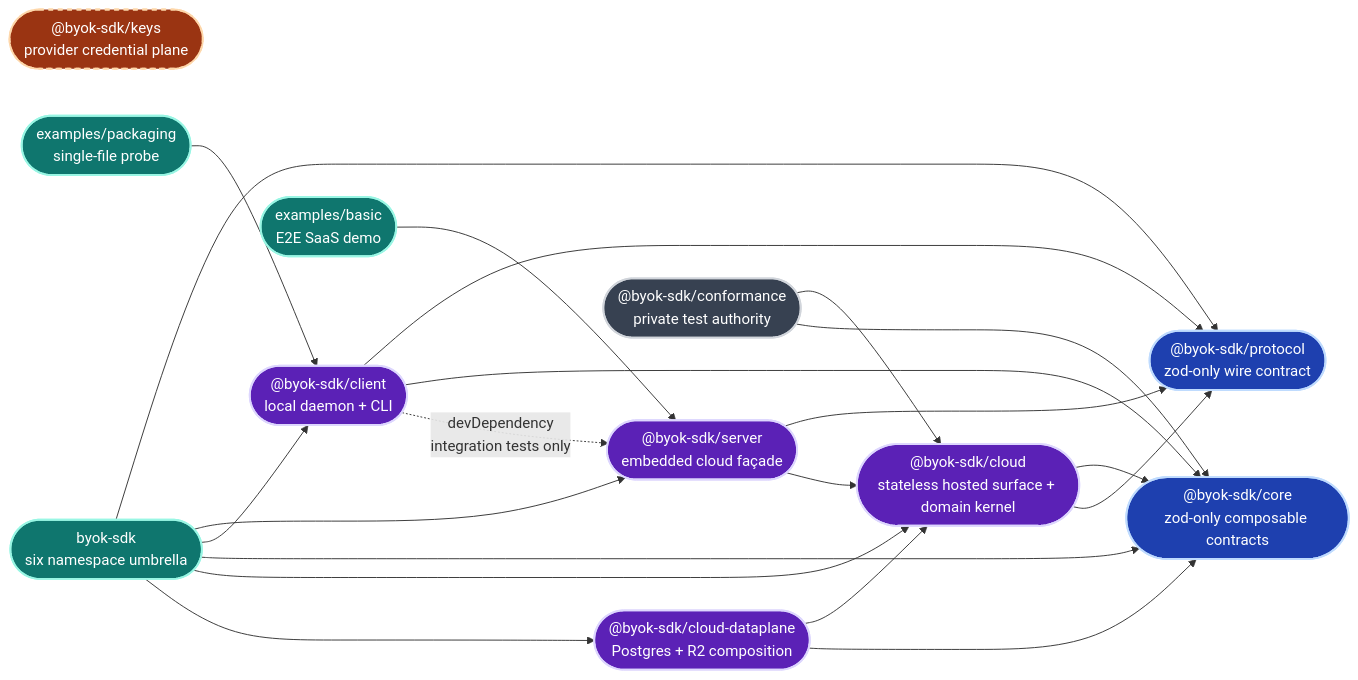
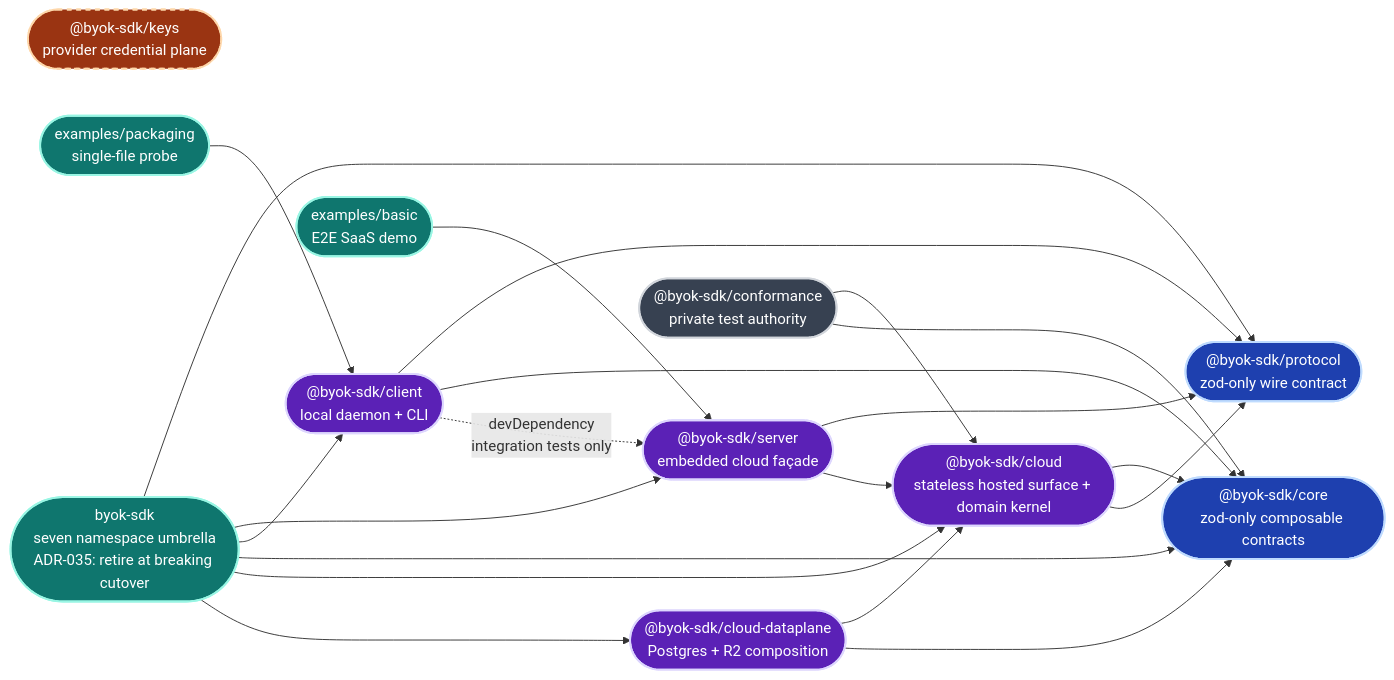
One commit to Ancienttwo/byok-sdk changed the second of 23 diagrams in docs/architecture/sdk-architecture.md. Above: the diagram before and after it, drawn with Mermaid. The commit also changed other lines of this file and 10 other files, not shown here.

````diff
--- a/docs/architecture/sdk-architecture.md
+++ b/docs/architecture/sdk-architecture.md
@@ -114,42 +114,42 @@
 ```mermaid
 flowchart LR
   classDef contract fill:#1e40af,stroke:#bfdbfe,stroke-width:2px,color:#fff
   classDef runtime fill:#5b21b6,stroke:#ddd6fe,stroke-width:2px,color:#fff
   classDef key fill:#9a3412,stroke:#fed7aa,stroke-width:2px,color:#fff
   classDef example fill:#0f766e,stroke:#99f6e4,stroke-width:2px,color:#fff
   classDef dev fill:#374151,stroke:#d1d5db,stroke-width:2px,color:#fff
 
   Protocol(["@byok-sdk/protocol<br/>zod-only wire contract"]):::contract
   Server(["@byok-sdk/server<br/>embedded cloud façade"]):::runtime
   Client(["@byok-sdk/client<br/>local daemon + CLI"]):::runtime
   Keys(["@byok-sdk/keys<br/>provider credential plane"]):::key
   Core(["@byok-sdk/core<br/>zod-only composable contracts"]):::contract
   Cloud(["@byok-sdk/cloud<br/>stateless hosted surface + domain kernel"]):::runtime
   CloudPg(["@byok-sdk/cloud-dataplane<br/>Postgres + R2 composition"]):::runtime
-  SDK(["byok-sdk<br/>six namespace umbrella"]):::example
+  SDK(["byok-sdk<br/>seven namespace umbrella<br/>ADR-035: retire at breaking cutover"]):::example
   Conformance(["@byok-sdk/conformance<br/>private test authority"]):::dev
   Basic(["examples/basic<br/>E2E SaaS demo"]):::example
   Packaging(["examples/packaging<br/>single-file probe"]):::example
 
   Server --> Protocol
   Server --> Cloud
   Client --> Protocol
   Client --> Core
   Cloud --> Core
   Cloud --> Protocol
   CloudPg --> Cloud
   CloudPg --> Core
   Conformance --> Cloud
   Conformance --> Core
   SDK --> Protocol
   SDK --> Server
   SDK --> Client
   SDK --> Core
   SDK --> Cloud
   SDK --> CloudPg
   Client -.->|"devDependency<br/>integration tests only"| Server
   Basic --> Server
   Packaging --> Client
 
   style Keys stroke-dasharray:5 5
 ```
````
